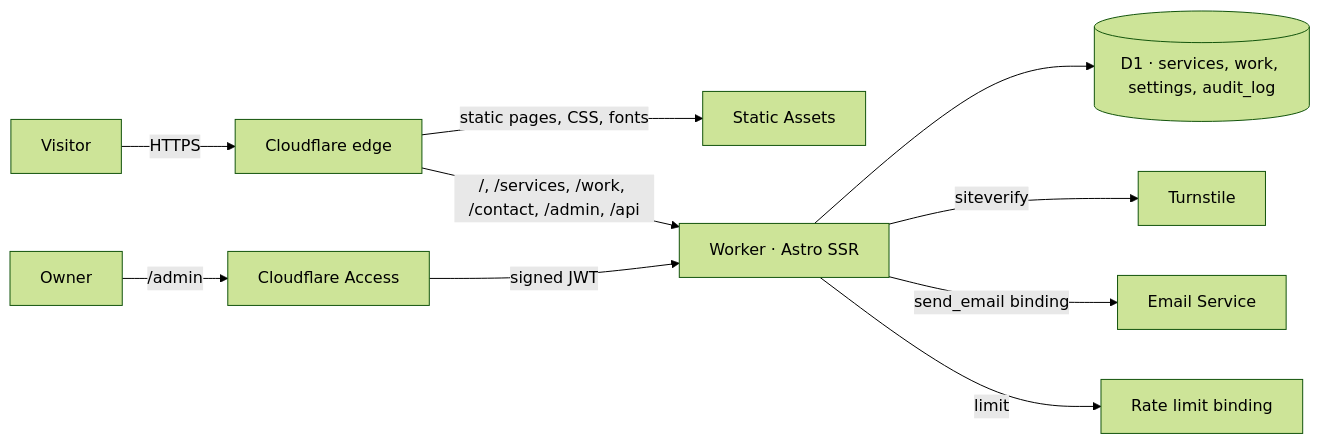
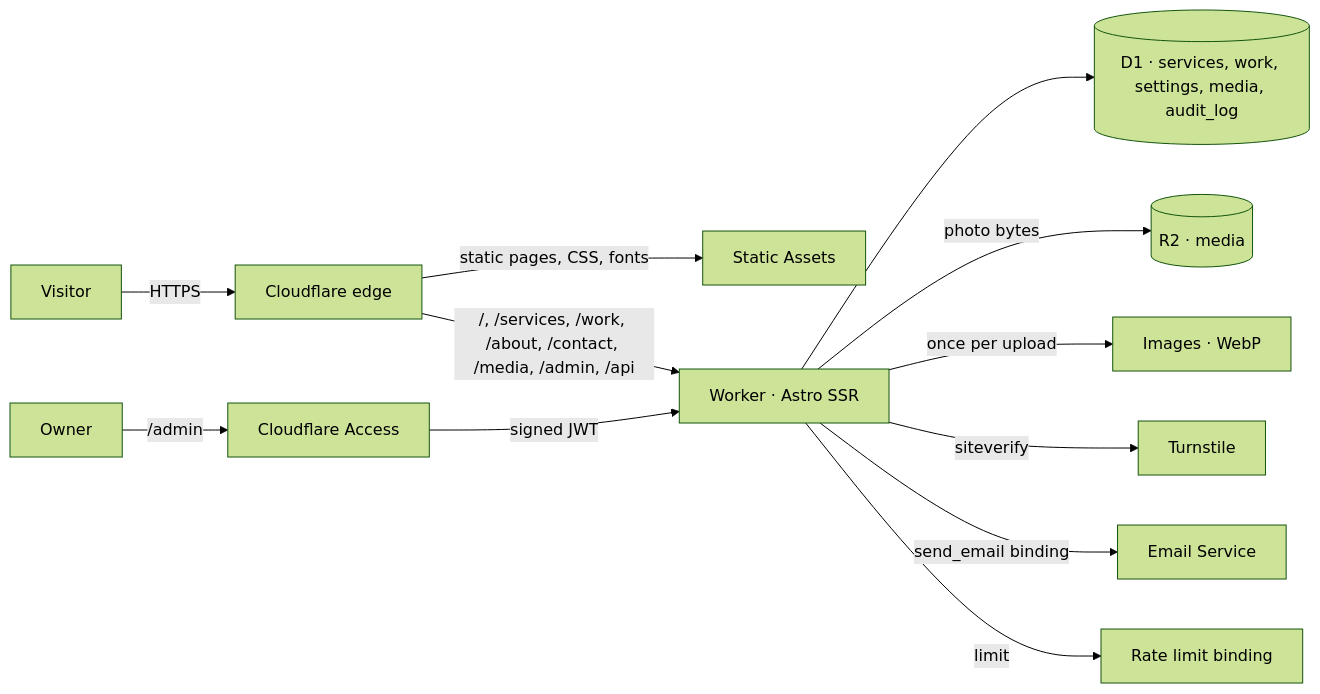
One commit to Rival420/Donsec-website changed the diagram in README.md. Above: the diagram before and after it, drawn with Mermaid (forest theme). The commit also changed other lines of this file and 14 other files, not shown here.

````diff
--- a/README.md
+++ b/README.md
@@ -37,12 +37,14 @@
 ```mermaid
 flowchart LR
   V[Visitor] -->|HTTPS| CF[Cloudflare edge]
   CF -->|static pages, CSS, fonts| A[Static Assets]
-  CF -->|/, /services, /work, /contact, /admin, /api| W[Worker · Astro SSR]
-  W --> D1[(D1 · services, work, settings, audit_log)]
+  CF -->|/, /services, /work, /about, /contact, /media, /admin, /api| W[Worker · Astro SSR]
+  W --> D1[(D1 · services, work, settings, media, audit_log)]
+  W -->|photo bytes| R2[(R2 · media)]
+  W -->|once per upload| IMG[Images · WebP]
   W -->|siteverify| TS[Turnstile]
   W -->|send_email binding| ES[Email Service]
   W -->|limit| RL[Rate limit binding]
   O[Owner] -->|/admin| ACC[Cloudflare Access]
   ACC -->|signed JWT| W
 ```
````
